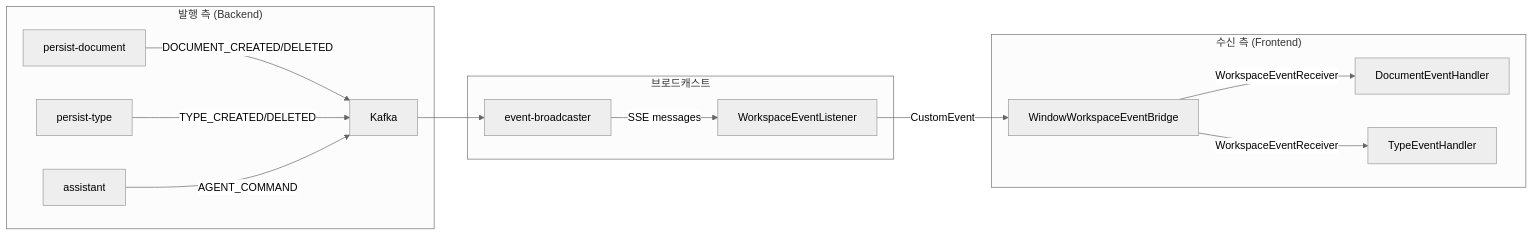
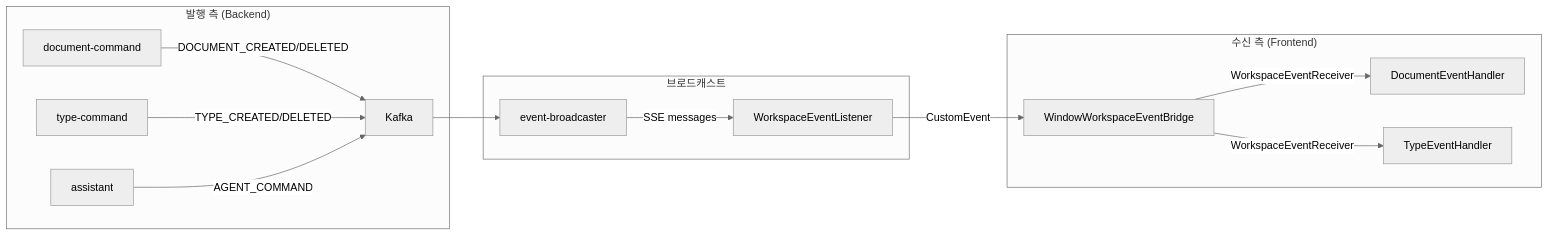
One commit to sayaya1090/handbook changed the eighth of 11 diagrams in docs/architecture.md. Above: the diagram before and after it, drawn with Mermaid (neutral theme). The commit also changed other lines of this file and 620 other files, not shown here.

````diff
--- a/docs/architecture.md
+++ b/docs/architecture.md
@@ -1377,19 +1387,19 @@
 ```mermaid
 graph LR
     subgraph "발행 측 (Backend)"
-        PD["persist-document"] -->|DOCUMENT_CREATED/DELETED| K["Kafka"]
-        PT["persist-type"] -->|TYPE_CREATED/DELETED| K
+        PD["document-command"] -->|DOCUMENT_CREATED/DELETED| K["Kafka"]
+        PT["type-command"] -->|TYPE_CREATED/DELETED| K
         AS["assistant"] -->|AGENT_COMMAND| K
     end
 
     subgraph "브로드캐스트"
         K --> EB["event-broadcaster"]
         EB -->|"SSE messages"| WEL["WorkspaceEventListener"]
     end
 
     subgraph "수신 측 (Frontend)"
         WEL -->|CustomEvent| WEB["WindowWorkspaceEventBridge"]
         WEB -->|WorkspaceEventReceiver| DEH["DocumentEventHandler"]
         WEB -->|WorkspaceEventReceiver| TEH["TypeEventHandler"]
     end
 ```
````
